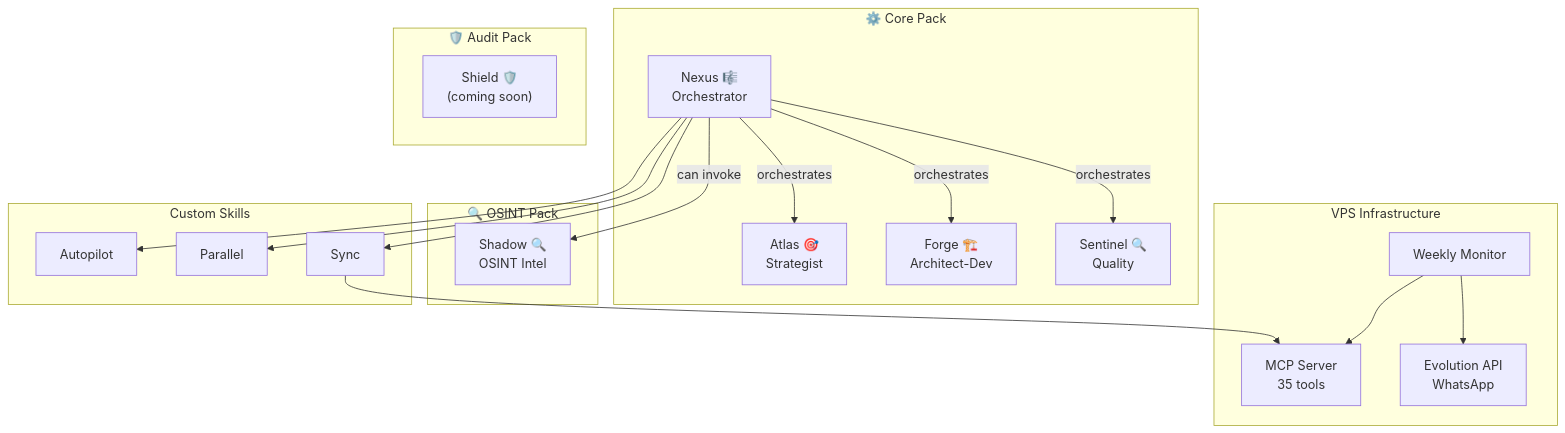
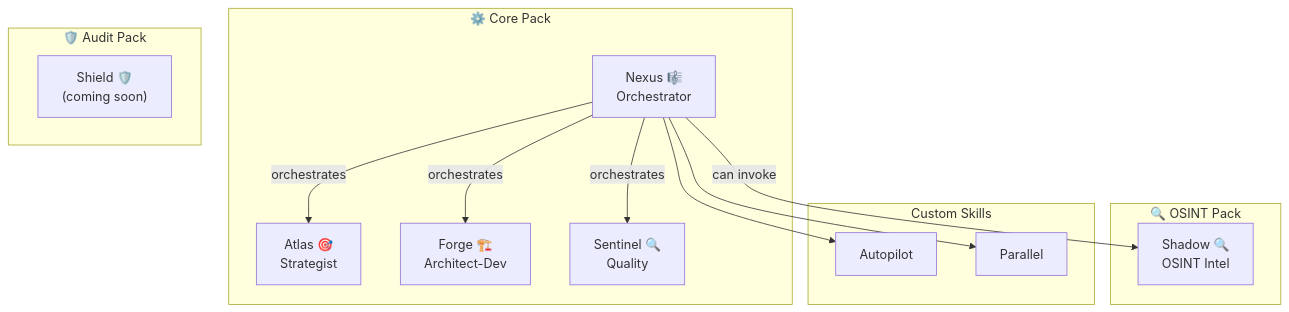
Before and after one commit to lrochetta/BMAD-PLUS: the diagram in README.md, drawn with Mermaid. The commit also changed other lines of this file and 82 other files, not shown here.

````diff
--- a/README.md
+++ b/README.md
@@ -124,42 +122,30 @@
 ```mermaid
 graph TB
     subgraph Core["⚙️ Core Pack"]
         AT[Atlas 🎯<br/>Strategist]
         FG[Forge 🏗️<br/>Architect-Dev]
         SN[Sentinel 🔍<br/>Quality]
         NX[Nexus 🎼<br/>Orchestrator]
     end
 
     subgraph OSINT["🔍 OSINT Pack"]
         SH[Shadow 🔍<br/>OSINT Intel]
     end
 
     subgraph Audit["🛡️ Audit Pack"]
         SD["Shield 🛡️<br/>(coming soon)"]
     end
 
     NX -->|orchestrates| AT
     NX -->|orchestrates| FG
     NX -->|orchestrates| SN
     NX -->|can invoke| SH
 
     subgraph Skills["Custom Skills"]
         AP[Autopilot]
         PL[Parallel]
-        SY[Sync]
     end
 
     NX --> AP
     NX --> PL
-    NX --> SY
-
-    subgraph VPS["VPS Infrastructure"]
-        MCP[MCP Server<br/>35 tools]
-        EVO[Evolution API<br/>WhatsApp]
-        MON[Weekly Monitor]
-    end
-
-    SY --> MCP
-    MON --> EVO
-    MON --> MCP
 ```
````
